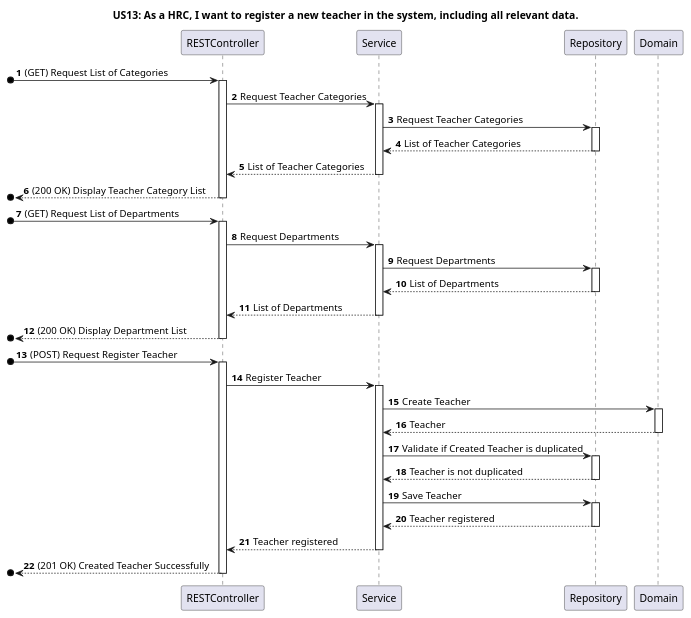
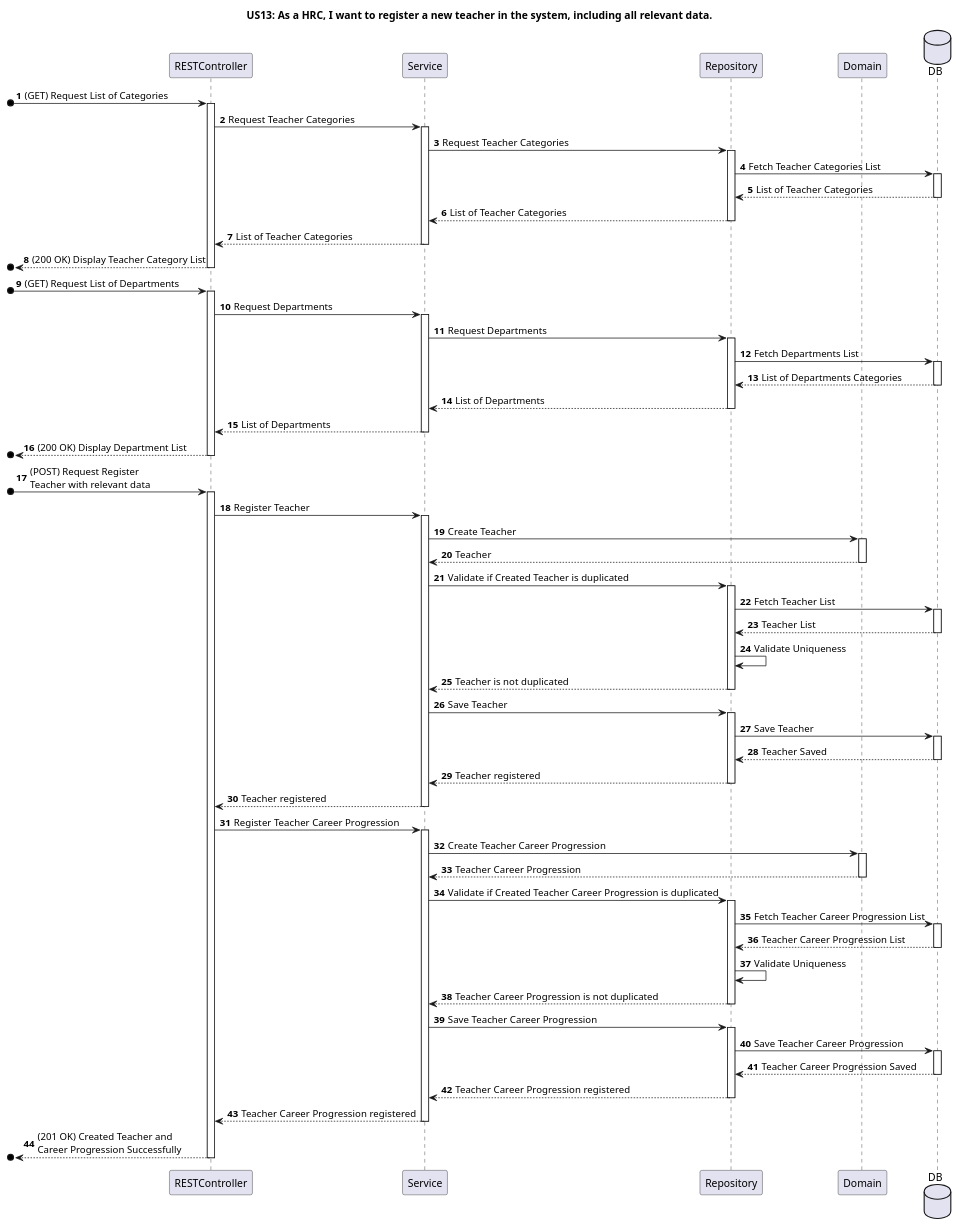
One commit to GasparISEP/DevOps-PAI changed the diagram in docs/US13/Sprint6/ProcessView/Level3.puml. Above: the diagram before and after it, drawn with PlantUML. The commit also changed 3 other files, not shown here.

Commit message:
ref #500 update diagrams for teacher with relevant data and student

```diff
--- a/docs/US13/Sprint6/ProcessView/Level3.puml
+++ b/docs/US13/Sprint6/ProcessView/Level3.puml
@@ -1,36 +1,62 @@
 @startuml
 
 title US13: As a HRC, I want to register a new teacher in the system, including all relevant data.
 autonumber
 
 participant "RESTController" as RC
 participant "Service" as S
 participant "Repository" as R
 participant "Domain" as D
+database DB
+
 
 [o-> RC++: (GET) Request List of Categories
 RC -> S++: Request Teacher Categories
 S -> R ++: Request Teacher Categories
+R -> DB ++: Fetch Teacher Categories List
+DB --> R --: List of Teacher Categories
 R --> S --: List of Teacher Categories
 S --> RC --: List of Teacher Categories
 [o<-- RC --: (200 OK) Display Teacher Category List
 
 [o-> RC++: (GET) Request List of Departments
 RC -> S++: Request Departments
 S -> R ++: Request Departments
+R -> DB ++: Fetch Departments List
+DB --> R --: List of Departments Categories
 R --> S --: List of Departments
 S --> RC --: List of Departments
 [o<-- RC --: (200 OK) Display Department List
 
-[o-> RC++: (POST) Request Register Teacher
+[o-> RC++: (POST) Request Register\nTeacher with relevant data
 RC -> S++: Register Teacher
 S -> D ++: Create Teacher
 D --> S --: Teacher
 S -> R ++: Validate if Created Teacher is duplicated
+R -> DB ++: Fetch Teacher List
+DB --> R --: Teacher List
+R -> R: Validate Uniqueness
 R --> S --: Teacher is not duplicated
 S -> R ++: Save Teacher
+R -> DB ++: Save Teacher
+DB --> R --: Teacher Saved
+
 R --> S --: Teacher registered
 S --> RC --: Teacher registered
-[o<-- RC --: (201 OK) Created Teacher Successfully\t
+
+RC -> S++: Register Teacher Career Progression
+S -> D ++: Create Teacher Career Progression
+D --> S --: Teacher Career Progression
+S -> R ++: Validate if Created Teacher Career Progression is duplicated
+R -> DB ++: Fetch Teacher Career Progression List
+DB --> R --: Teacher Career Progression List
+R -> R: Validate Uniqueness
+R --> S --: Teacher Career Progression is not duplicated
+S -> R ++: Save Teacher Career Progression
+R -> DB ++: Save Teacher Career Progression
+DB --> R --: Teacher Career Progression Saved
+R --> S --: Teacher Career Progression registered
+S --> RC --: Teacher Career Progression registered
+[o<-- RC --: (201 OK) Created Teacher and\nCareer Progression Successfully\t
 
 @enduml
```
